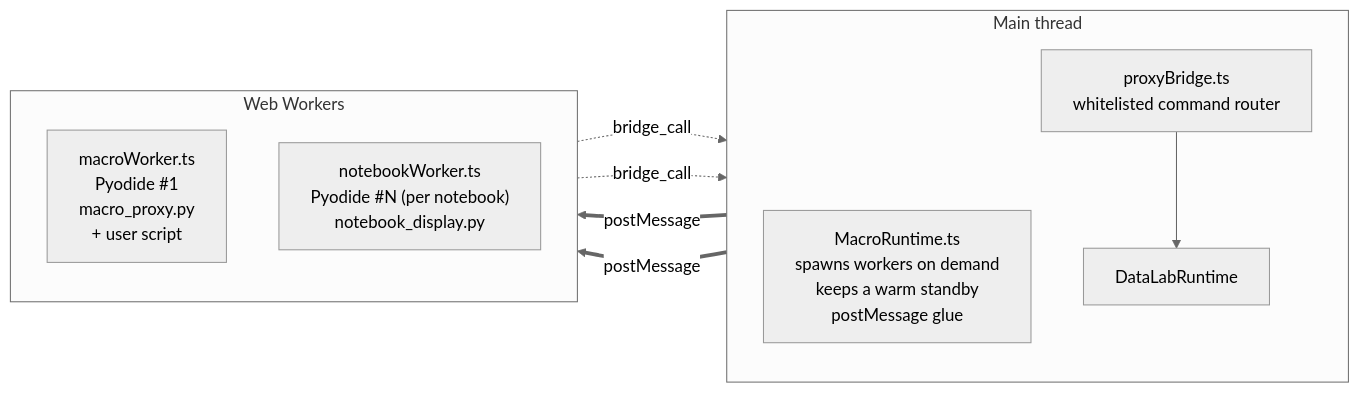
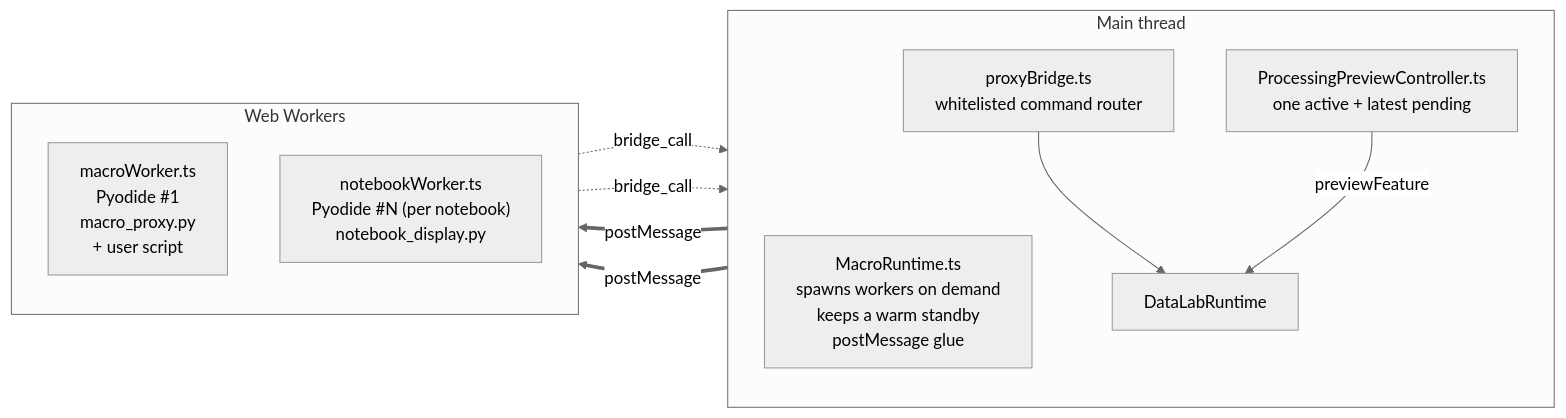
Before and after one commit to DataLab-Platform/web: the sixth of 8 diagrams in doc/architecture.md, drawn with Mermaid (neutral theme). The commit also changed other lines of this file and 30 other files, not shown here.

````diff
--- a/doc/architecture.md
+++ b/doc/architecture.md
@@ -229,21 +238,23 @@
 ```mermaid
 flowchart LR
     subgraph MT["Main thread"]
         direction TB
         MR["MacroRuntime.ts<br/>spawns workers on demand<br/>keeps a warm standby<br/>postMessage glue"]
         PB2["proxyBridge.ts<br/>whitelisted command router"]
         RT3["DataLabRuntime"]
+        PC["ProcessingPreviewController.ts<br/>one active + latest pending"]
         PB2 --> RT3
+        PC -->|previewFeature| RT3
     end
 
     subgraph Workers2["Web Workers"]
         direction TB
         MW2["macroWorker.ts<br/>Pyodide #1<br/>macro_proxy.py<br/>+ user script"]
         NW2["notebookWorker.ts<br/>Pyodide #N (per notebook)<br/>notebook_display.py"]
     end
 
     MR ==>|postMessage| MW2
     MR ==>|postMessage| NW2
     MW2 -. bridge_call .-> PB2
     NW2 -. bridge_call .-> PB2
 ```
````
